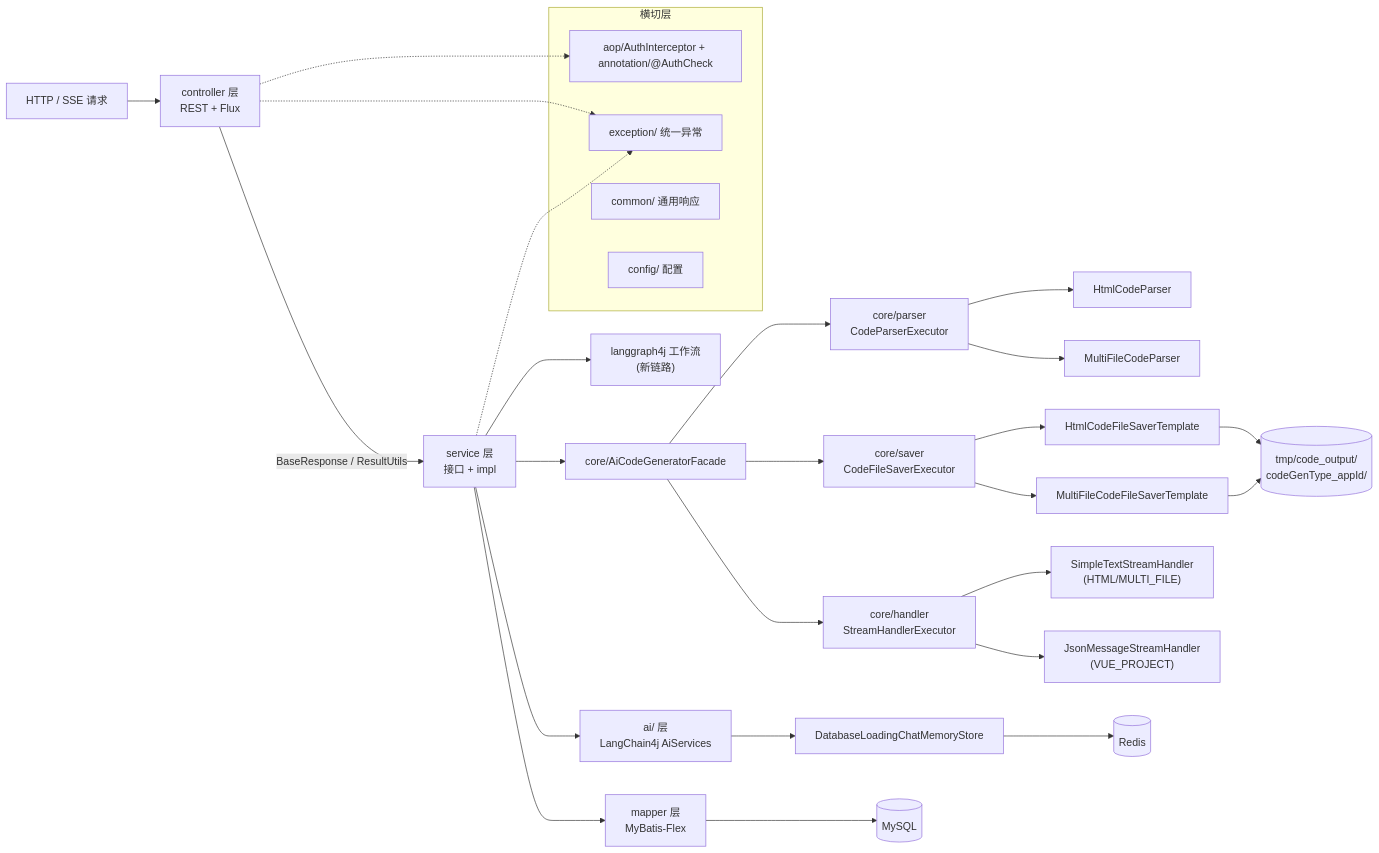
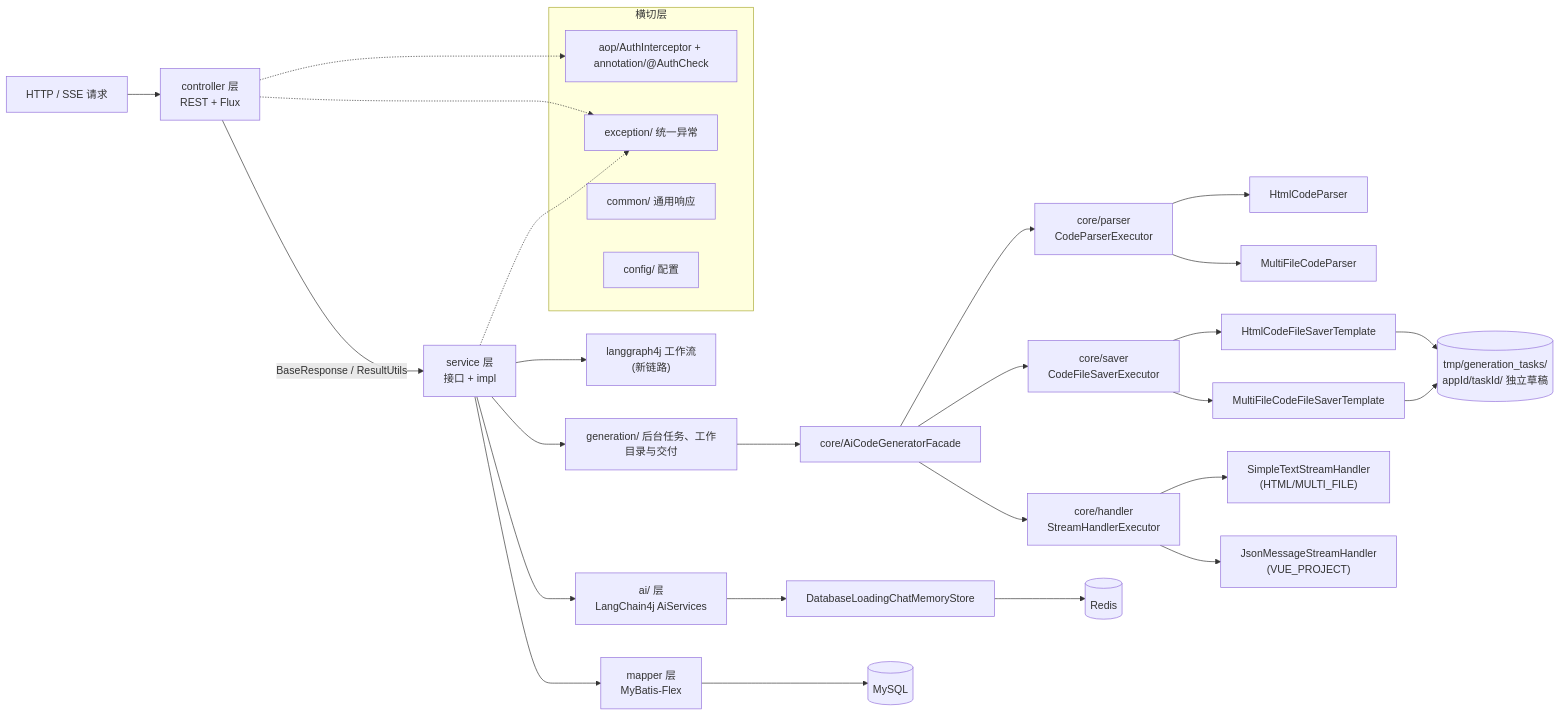
One commit to sz-xiaohuolong/ai-code-generate changed the second of 5 diagrams in docs/architecture-summary.md. Above: the diagram before and after it, drawn with Mermaid. The commit also changed other lines of this file and 76 other files, not shown here.

````diff
--- a/docs/architecture-summary.md
+++ b/docs/architecture-summary.md
@@ -114,32 +123,33 @@
 ```mermaid
 flowchart LR
     HTTP["HTTP / SSE 请求"] --> CTL["controller 层<br/>REST + Flux<ServerSentEvent>"]
     CTL -->|"BaseResponse / ResultUtils"| SVC["service 层<br/>接口 + impl"]
-    SVC --> FACADE["core/AiCodeGeneratorFacade"]
+    SVC --> TASKS["generation/ 后台任务、工作目录与交付"]
+    TASKS --> FACADE["core/AiCodeGeneratorFacade"]
     FACADE --> PARSER["core/parser<br/>CodeParserExecutor"]
     FACADE --> SAVER["core/saver<br/>CodeFileSaverExecutor"]
     FACADE --> HANDLER["core/handler<br/>StreamHandlerExecutor"]
     SVC --> AI["ai/ 层<br/>LangChain4j AiServices"]
     AI --> MEM["DatabaseLoadingChatMemoryStore"]
     SVC --> MAP["mapper 层<br/>MyBatis-Flex"]
     SVC --> WF["langgraph4j 工作流<br/>(新链路)"]
 
     PARSER --> HTMLP["HtmlCodeParser"] & MULTIP["MultiFileCodeParser"]
     SAVER --> HTMLS["HtmlCodeFileSaverTemplate"] & MULTIS["MultiFileCodeFileSaverTemplate"]
     HANDLER --> SIM["SimpleTextStreamHandler<br/>(HTML/MULTI_FILE)"] & JSON["JsonMessageStreamHandler<br/>(VUE_PROJECT)"]
 
-    HTMLS & MULTIS --> DIR[("tmp/code_output/<br/>codeGenType_appId/")]
+    HTMLS & MULTIS --> DIR[("tmp/generation_tasks/<br/>appId/taskId/ 独立草稿")]
     MAP --> DB[(MySQL)]
     MEM --> RD[(Redis)]
 
     %% 横切关注点
     subgraph CROSS["横切层"]
         AOP["aop/AuthInterceptor + annotation/@AuthCheck"]
         EXC["exception/ 统一异常"]
         COMMON["common/ 通用响应"]
         CFG["config/ 配置"]
     end
     CTL -.-> AOP
     CTL -.-> EXC
     SVC -.-> EXC
 ```
````
